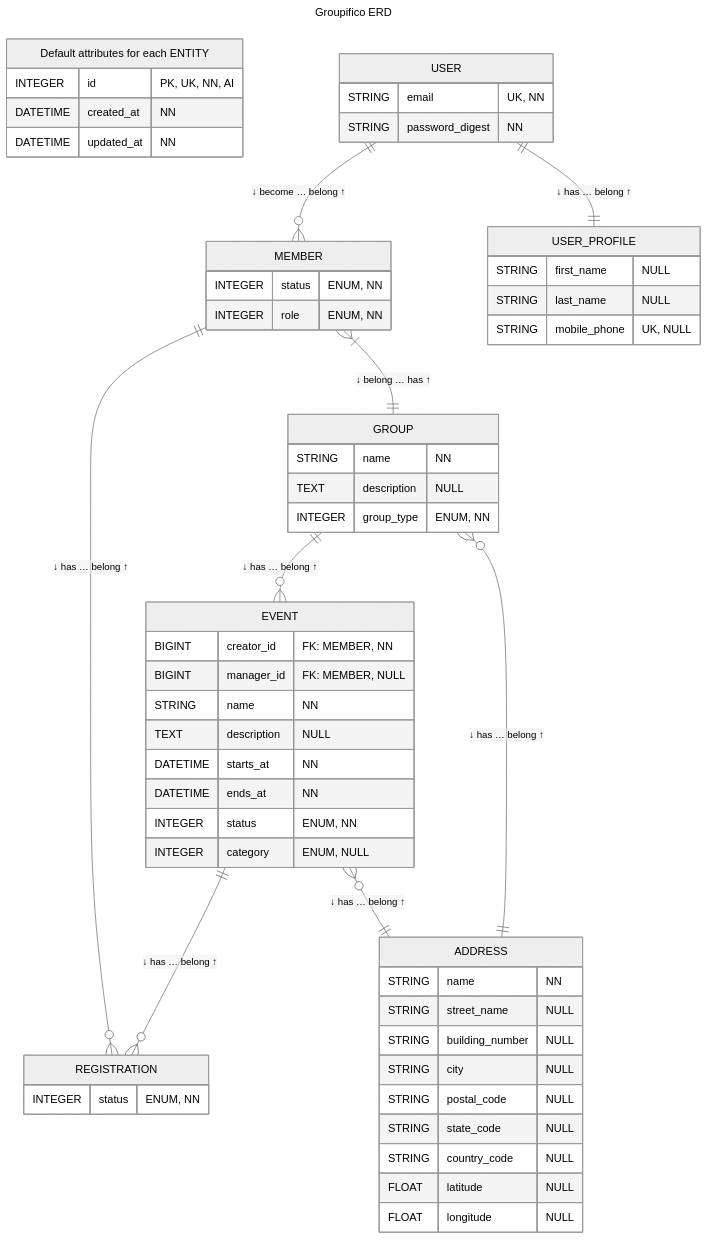
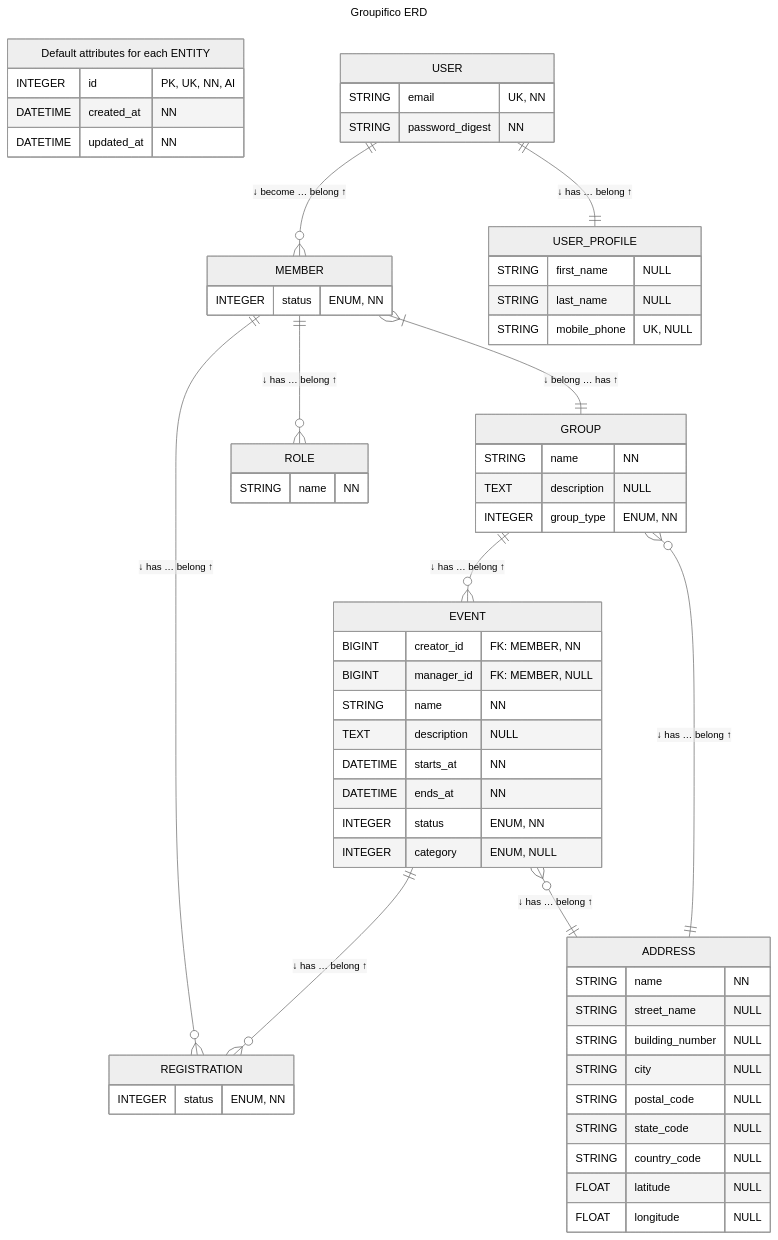
Before and after one commit to izkreny/groupifico: the diagram in README.md, drawn with Mermaid (neutral theme). The commit also changed other lines of this file and 19 other files, not shown here.

```diff
--- a/README.md
+++ b/README.md
@@ -102,6 +102,7 @@
   USER    1   to  0+  MEMBER        :  "↓ become … belong ↑"
   USER    1   to  1   USER_PROFILE  :  "↓ has    … belong ↑"
   MEMBER  1+  to  1   GROUP         :  "↓ belong … has ↑"
+  MEMBER  1   to  0+  ROLE          :  "↓ has    … belong ↑"
   GROUP   1   to  0+  EVENT         :  "↓ has    … belong ↑"
   EVENT   1   to  0+  REGISTRATION  :  "↓ has    … belong ↑"
   MEMBER  1   to  0+  REGISTRATION  :  "↓ has    … belong ↑"
@@ -146,8 +147,13 @@
   MEMBER {
     %% ENUM status options: active | paused | inactive. Default: active
     INTEGER status "ENUM, NN"
-    %% ENUM role options: owner | member | admin | manager. Default: member
-    INTEGER role   "ENUM, NN"
+  }
+
+  %% UNIQUE INDEX (member_id, name): a Member cannot hold the same Role twice
+  %% FK: member_id references members, ON DELETE CASCADE, ON UPDATE CASCADE
+  ROLE {
+    %% name has no limit declared. Validated for inclusion in Role::NAMES: owner | administrator | events_administrator
+    STRING name "NN"
   }
 
   %% FK: group_id ON DELETE CASCADE, address_id ON DELETE RESTRICT, both ON UPDATE CASCADE
```
